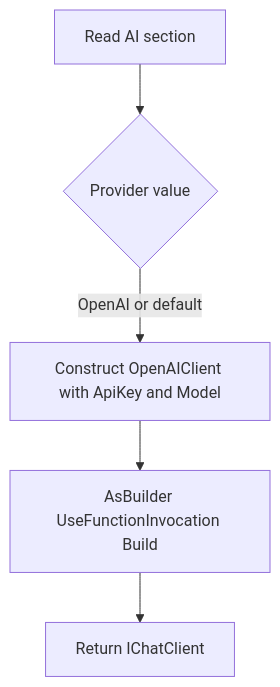
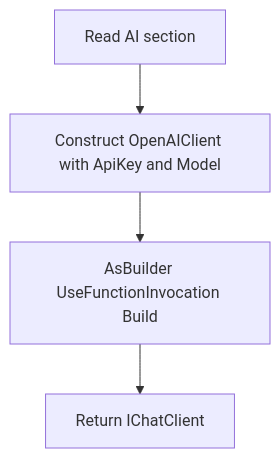
One commit to ADefWebserver/Syncfusion-Lightweight-Knowledge-Graphs-Succinctly changed the second of 3 diagrams in docs/03-graph-chat.md. Above: the diagram before and after it, drawn with Mermaid. The commit also changed other lines of this file and 4 other files, not shown here.

````diff
--- a/docs/03-graph-chat.md
+++ b/docs/03-graph-chat.md
@@ -67,7 +67,6 @@
 ```mermaid
 flowchart TD
-    Read[Read AI section] --> Prov{Provider value}
-    Prov -->|OpenAI or default| OpenAI[Construct OpenAIClient with ApiKey and Model]
+    Read[Read AI section] --> OpenAI[Construct OpenAIClient with ApiKey and Model]
     OpenAI --> Builder[AsBuilder UseFunctionInvocation Build]
     Builder --> Client[Return IChatClient]
 ```
````
